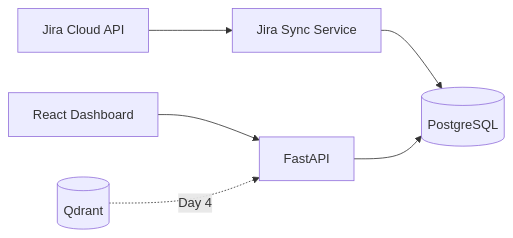
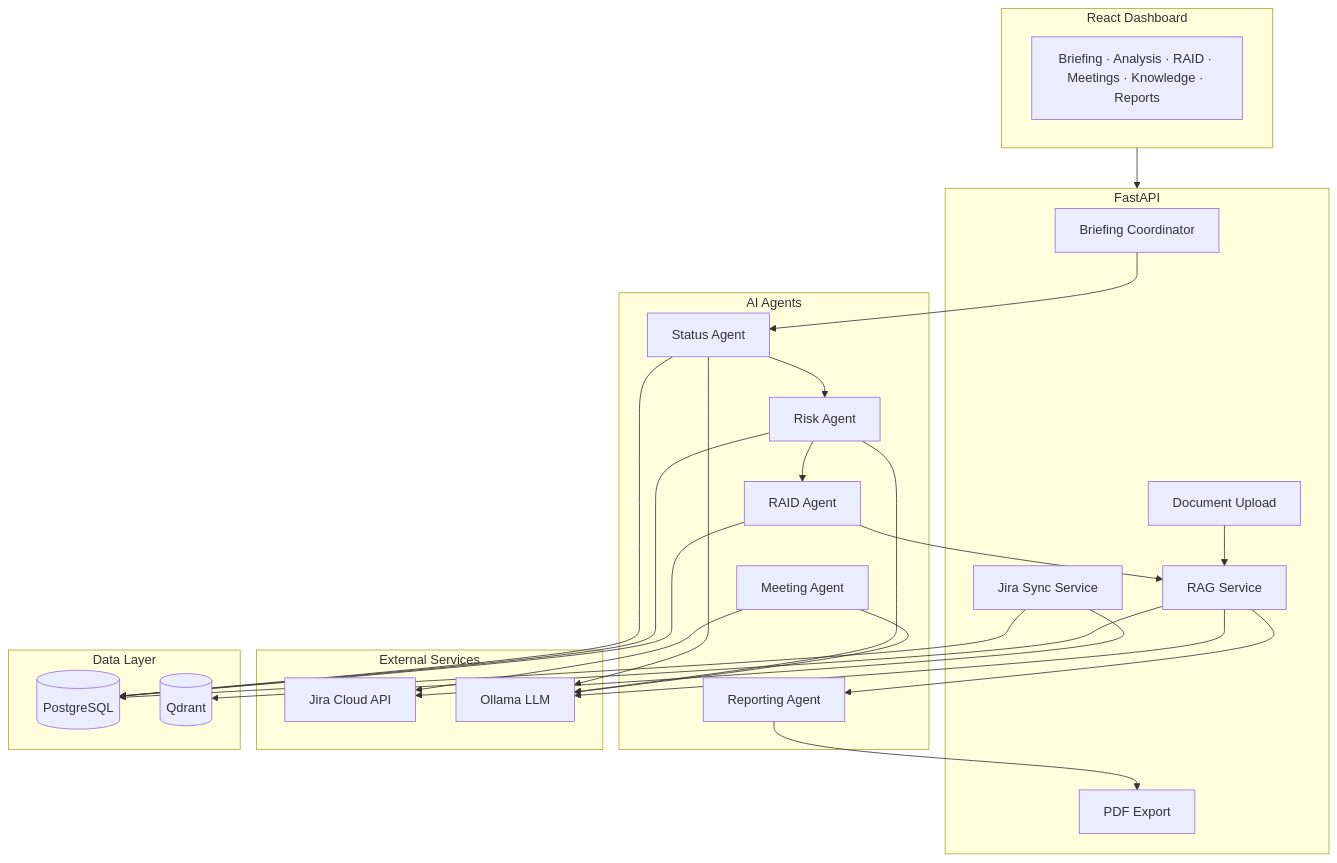
One commit to andrew21-mch/pmo-intelligence changed the diagram in README.md. Above: the diagram before and after it, drawn with Mermaid. The commit also changed other lines of this file and 7 other files, not shown here.

````diff
--- a/README.md
+++ b/README.md
@@ -72,8 +107,48 @@
 ```mermaid
-flowchart LR
-    Jira[Jira Cloud API] --> Sync[Jira Sync Service]
-    Sync --> PG[(PostgreSQL)]
-    API[FastAPI] --> PG
-    UI[React Dashboard] --> API
-    Qdrant[(Qdrant)] -. Day 4 .-> API
+flowchart TB
+    subgraph UI["React Dashboard"]
+        Tabs[Briefing · Analysis · RAID · Meetings · Knowledge · Reports]
+    end
+
+    subgraph API["FastAPI"]
+        Briefing[Briefing Coordinator]
+        JiraSync[Jira Sync Service]
+        Docs[Document Upload]
+        RAG[RAG Service]
+        PDF[PDF Export]
+    end
+
+    subgraph Agents["AI Agents"]
+        Status[Status Agent]
+        Risk[Risk Agent]
+        RAID[RAID Agent]
+        Meeting[Meeting Agent]
+        Report[Reporting Agent]
+    end
+
+    subgraph External["External Services"]
+        Jira[Jira Cloud API]
+        Ollama[Ollama LLM]
+    end
+
+    subgraph Data["Data Layer"]
+        PG[(PostgreSQL)]
+        Qdrant[(Qdrant)]
+    end
+
+    UI --> API
+    Briefing --> Status --> Risk --> RAID --> RAG --> Report
+    JiraSync --> Jira
+    JiraSync --> PG
+    Status --> PG
+    Risk --> PG
+    RAID --> PG
+    Status --> Ollama
+    Risk --> Ollama
+    Meeting --> Ollama
+    Docs --> RAG
+    RAG --> Qdrant
+    RAG --> Ollama
+    Report --> PDF
+    Meeting --> Jira
 ```
````
